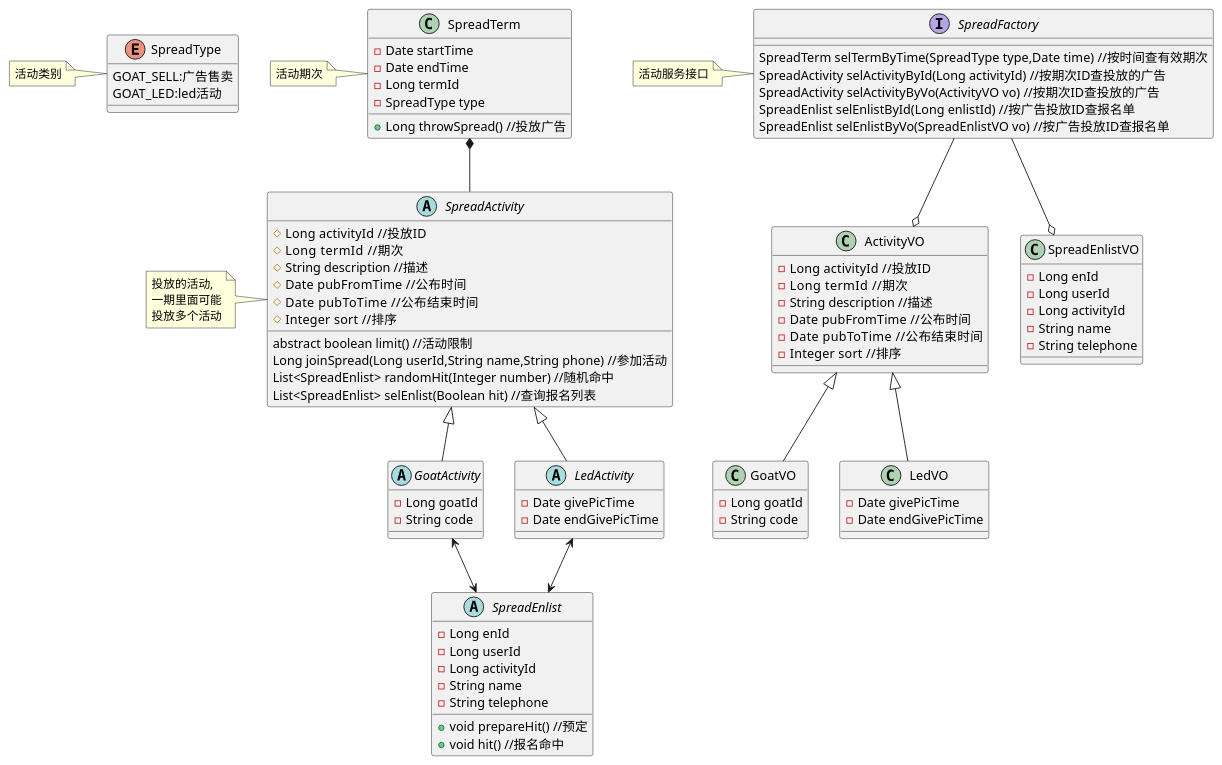
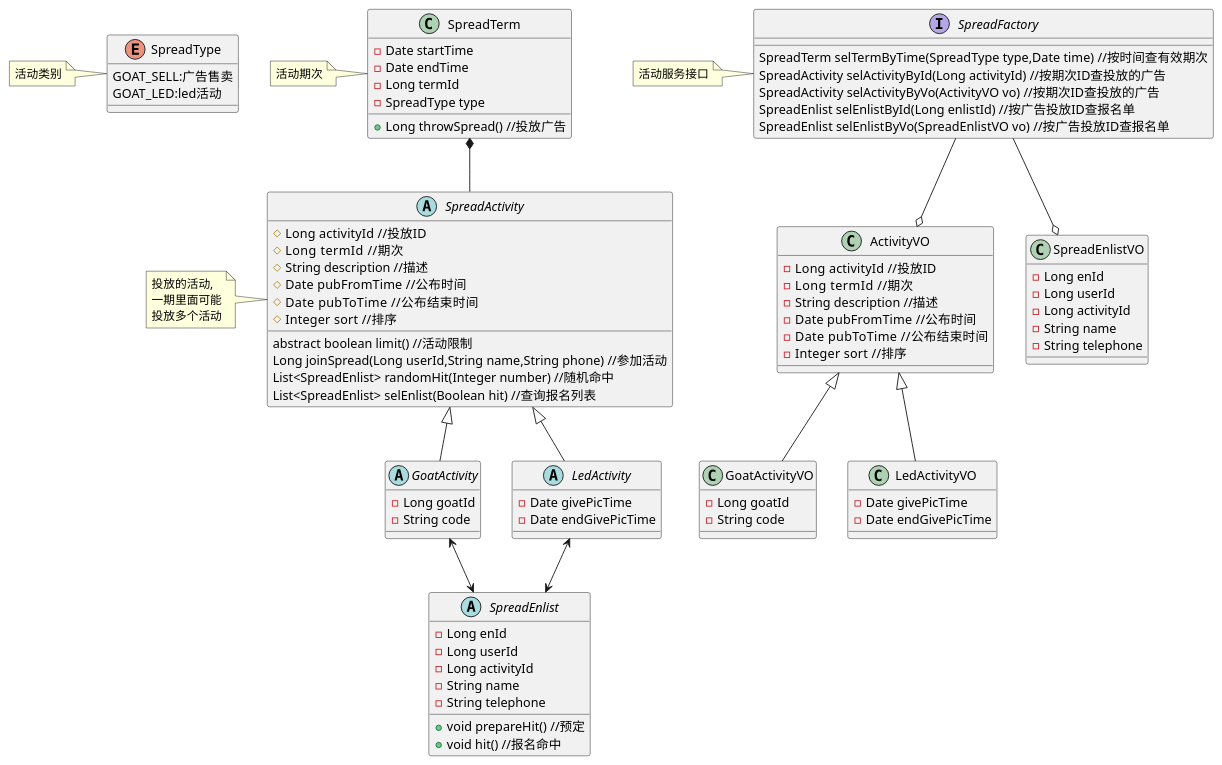
Before and after one commit to pogy/main-pom: the diagram in main4-spread/main4-spread-api/src/main/resources/spread_class.puml, drawn with PlantUML. The commit also changed 1 other file, not shown here.

```diff
--- a/main4-spread/main4-spread-api/src/main/resources/spread_class.puml
+++ b/main4-spread/main4-spread-api/src/main/resources/spread_class.puml
@@ -1,108 +1,108 @@
 @startuml
 
 enum SpreadType{
 GOAT_SELL:广告售卖
 GOAT_LED:led活动
 }
 
 note left of SpreadType:活动类别
 
 class SpreadTerm{
 -Date startTime
 -Date endTime
 -Long termId
 -SpreadType type
 
 +Long throwSpread() //投放广告
 }
 
 note left of SpreadTerm:活动期次
 
 abstract class SpreadActivity{
 #Long activityId  //投放ID
 #Long termId   //期次
 #String description //描述
 #Date pubFromTime  //公布时间
 #Date pubToTime   //公布结束时间
 #Integer sort  //排序
 
 abstract boolean limit() //活动限制
 Long joinSpread(Long userId,String name,String phone) //参加活动
 List<SpreadEnlist> randomHit(Integer number) //随机命中
 List<SpreadEnlist> selEnlist(Boolean hit) //查询报名列表
 }
 
 note left of SpreadActivity:投放的活动,\n一期里面可能\n投放多个活动
 
 abstract class GoatActivity{
 -Long goatId
 -String code
 }
 
 class ActivityVO{
 -Long activityId  //投放ID
 -Long termId   //期次
 -String description //描述
 -Date pubFromTime  //公布时间
 -Date pubToTime   //公布结束时间
 -Integer sort  //排序
 }
 
-class GoatVO{
+class GoatActivityVO{
 -Long goatId
 -String code
 }
 
 abstract class LedActivity{
 -Date givePicTime
 -Date endGivePicTime
 }
 
-class LedVO{
+class LedActivityVO{
 -Date givePicTime
 -Date endGivePicTime
 }
 
 abstract class SpreadEnlist{
 -Long enId
 -Long userId
 -Long activityId
 -String name
 -String telephone
 
 +void prepareHit() //预定
 +void hit() //报名命中
 }
 
 class SpreadEnlistVO{
 -Long enId
 -Long userId
 -Long activityId
 -String name
 -String telephone
 }
 
 interface SpreadFactory{
 SpreadTerm selTermByTime(SpreadType type,Date time) //按时间查有效期次
 SpreadActivity selActivityById(Long activityId) //按期次ID查投放的广告
 SpreadActivity selActivityByVo(ActivityVO vo) //按期次ID查投放的广告
 SpreadEnlist selEnlistById(Long enlistId) //按广告投放ID查报名单
 SpreadEnlist selEnlistByVo(SpreadEnlistVO vo) //按广告投放ID查报名单
 
 }
 
 note left of SpreadFactory:活动服务接口
 SpreadActivity <|-- GoatActivity
 
 SpreadActivity <|-- LedActivity
 
 SpreadTerm *-- SpreadActivity
 
 GoatActivity <--> SpreadEnlist
 LedActivity <--> SpreadEnlist
 SpreadFactory --o SpreadEnlistVO
 SpreadFactory --o ActivityVO
-ActivityVO <|-- LedVO
-ActivityVO <|-- GoatVO
+ActivityVO <|-- LedActivityVO
+ActivityVO <|-- GoatActivityVO
 
 @enduml
```
